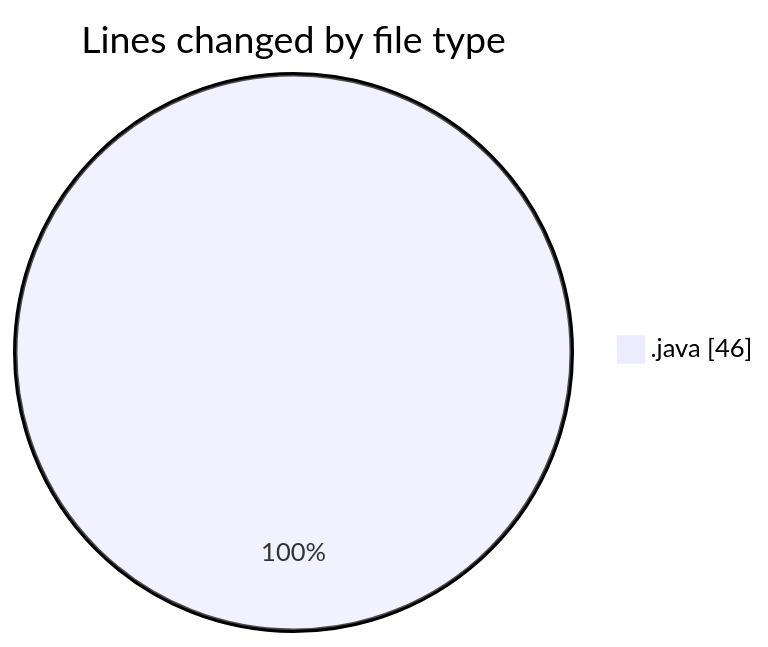
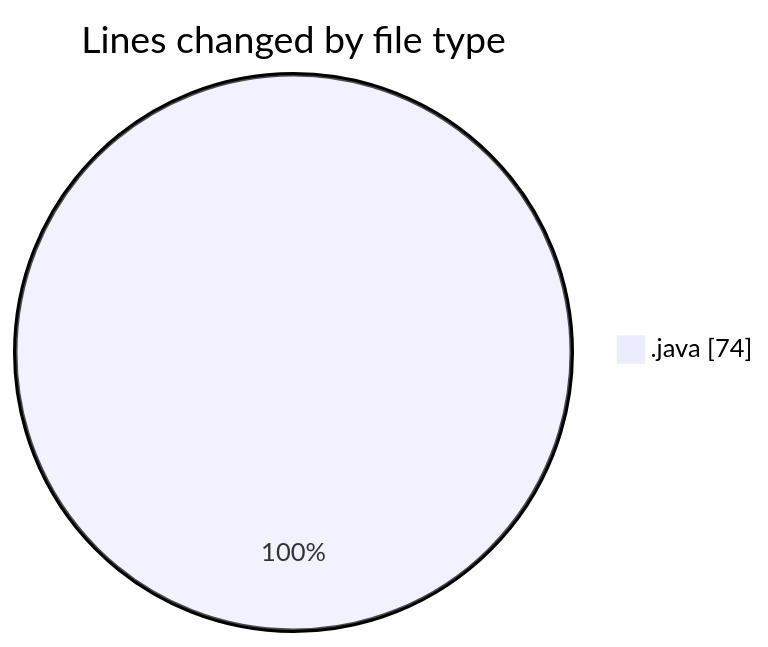
One commit to ricardozamudiocil/code-tracking changed the first of 2 diagrams in 2026-09-07/cilapp/README.md. Above: the diagram before and after it, drawn with Mermaid. The commit also changed other lines of this file and 1 other file, not shown here.

````diff
--- a/2026-09-07/cilapp/README.md
+++ b/2026-09-07/cilapp/README.md
@@ -21,5 +22,5 @@
 ```mermaid
 pie showData
 title Lines changed by file type
-".java" : 46
+".java" : 74
 ```
````
